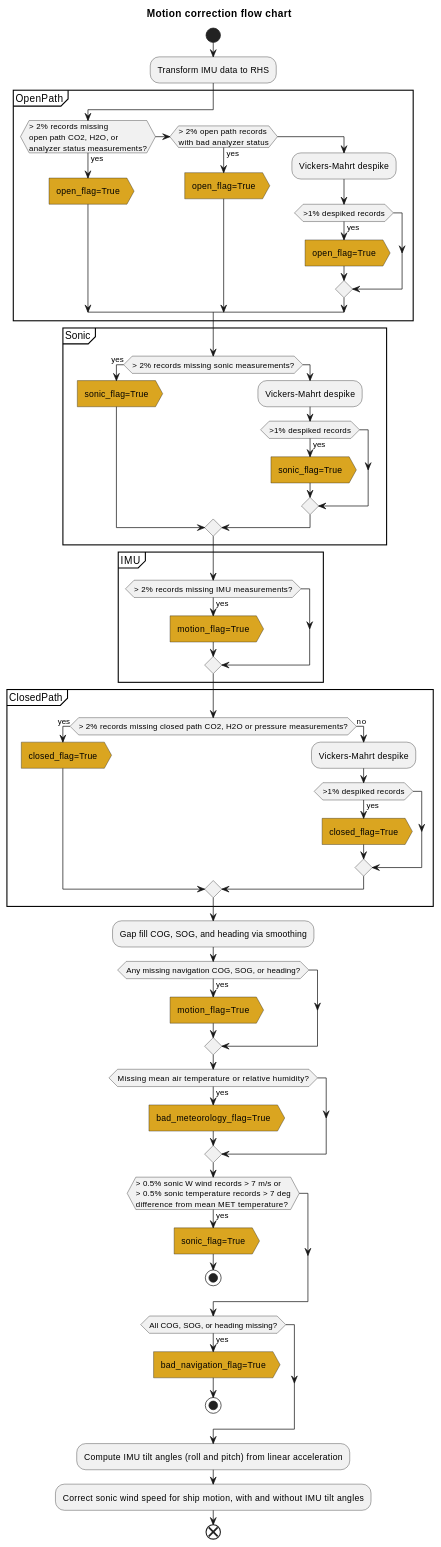
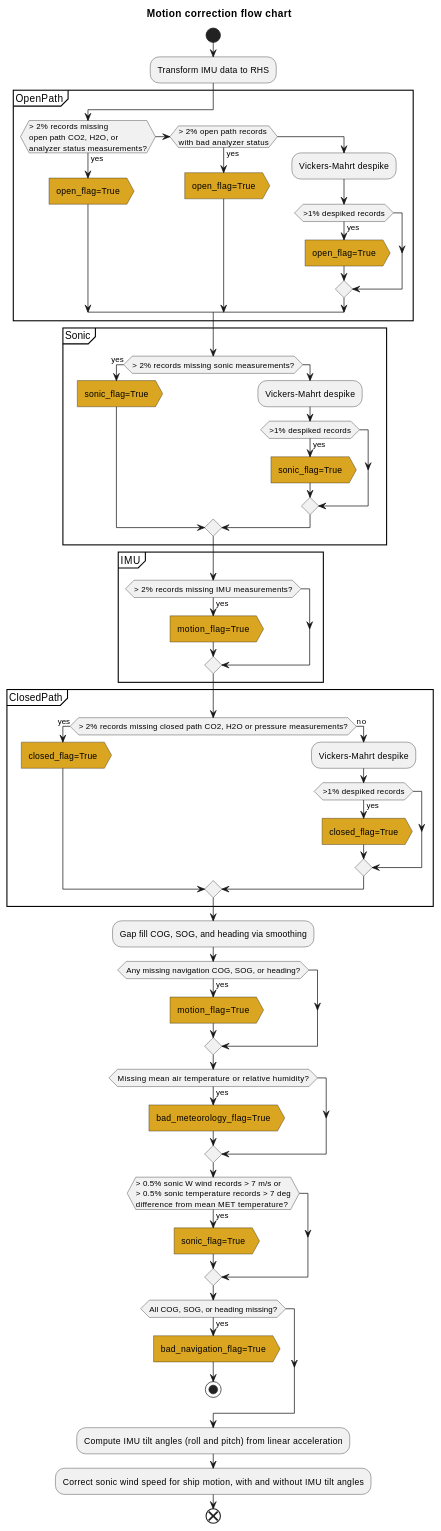
Before and after one commit to UofM-CEOS/flux_capacitor: the diagram in README.org, drawn with PlantUML. The commit also changed other lines of this file and 1 other file, not shown here.

Commit message:
Updated flux processing flow chart

```diff
--- a/README.org
+++ b/README.org
@@ -96,65 +96,64 @@
 #+BEGIN_SRC plantuml :file motion_correction_flowchart.png :exports results
   start
   title Motion correction flow chart
   :Transform IMU data to RHS;
   partition OpenPath {
   if (> 2% records missing
   open path CO2, H2O, or
   analyzer status measurements?) then (yes)
     #GoldenRod:open_flag=True>
   elseif (> 2% open path records
   with bad analyzer status) then (yes)
     #GoldenRod:open_flag=True>
   else
     :Vickers-Mahrt despike;
     if (>1% despiked records) then (yes)
     #GoldenRod:open_flag=True>
     endif
   endif
   }
   partition Sonic {
   if (> 2% records missing sonic measurements?) then (yes)
     #GoldenRod:sonic_flag=True>
   else
     :Vickers-Mahrt despike;
     if (>1% despiked records) then (yes)
     #GoldenRod:sonic_flag=True>
     endif
   endif
   }
   partition IMU {
   if (> 2% records missing IMU measurements?) then (yes)
     #GoldenRod:motion_flag=True>
   endif
   }
   partition ClosedPath {
   if (> 2% records missing closed path CO2, H2O or pressure measurements?) then (yes)
     #GoldenRod:closed_flag=True>
   else (no)
     :Vickers-Mahrt despike;
     if (>1% despiked records) then (yes)
     #GoldenRod:closed_flag=True>
     endif
   endif
   }
   :Gap fill COG, SOG, and heading via smoothing;
   if (Any missing navigation COG, SOG, or heading?) then (yes)
     #GoldenRod:motion_flag=True>
   endif
   if (Missing mean air temperature or relative humidity?) then (yes)
     #GoldenRod:bad_meteorology_flag=True>
   endif
   if (> 0.5% sonic W wind records > 7 m/s or
   > 0.5% sonic temperature records > 7 deg
   difference from mean MET temperature?) then (yes)
     #GoldenRod:sonic_flag=True>
-    stop
   endif
   if (All COG, SOG, or heading missing?) then (yes)
     #GoldenRod:bad_navigation_flag=True>
     stop
   endif
   :Compute IMU tilt angles (roll and pitch) from linear acceleration;
   :Correct sonic wind speed for ship motion, with and without IMU tilt angles;
   end
 #+END_SRC
```
